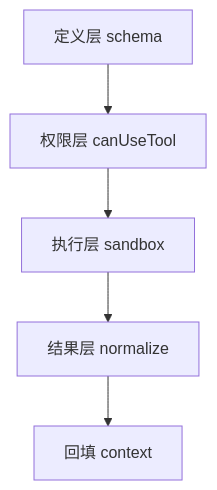
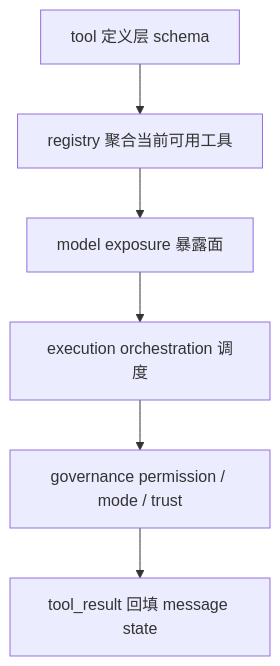
One commit to betaHi/betaHi.github.io changed the diagram in claude-code-architecture/22-tool-system-and-execution-boundaries.md. Above: the diagram before and after it, drawn with Mermaid. The commit also changed other lines of this file and 14 other files, not shown here.

First line of the commit message:
Fix mermaid rendering and align two diagrams to source

````diff
--- a/claude-code-architecture/22-tool-system-and-execution-boundaries.md
+++ b/claude-code-architecture/22-tool-system-and-execution-boundaries.md
@@ -26,7 +26,8 @@
 ```mermaid
 flowchart TD
-    A[定义层 schema] --> B[权限层 canUseTool]
-    B --> C[执行层 sandbox]
-    C --> D[结果层 normalize]
-    D --> E[回填 context]
+    A[tool 定义层 schema] --> B[registry 聚合当前可用工具]
+    B --> C[model exposure 暴露面]
+    C --> D[execution orchestration 调度]
+    D --> E[governance permission / mode / trust]
+    E --> F[tool_result 回填 message state]
 ```
````
